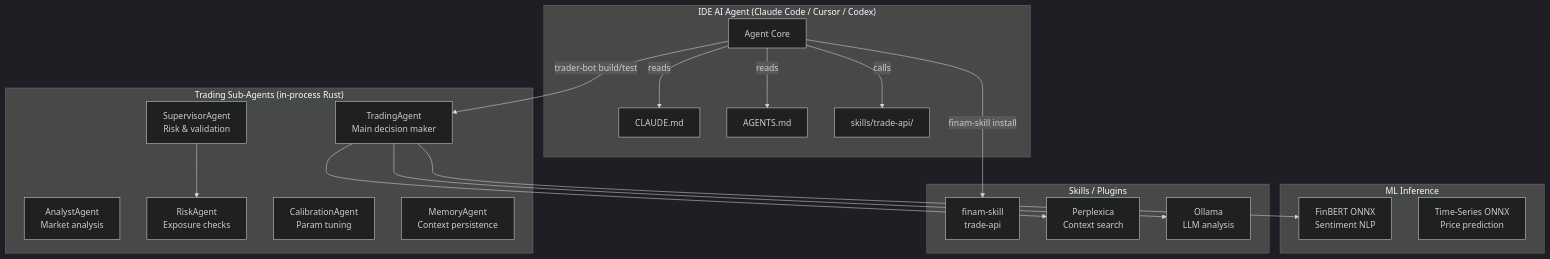
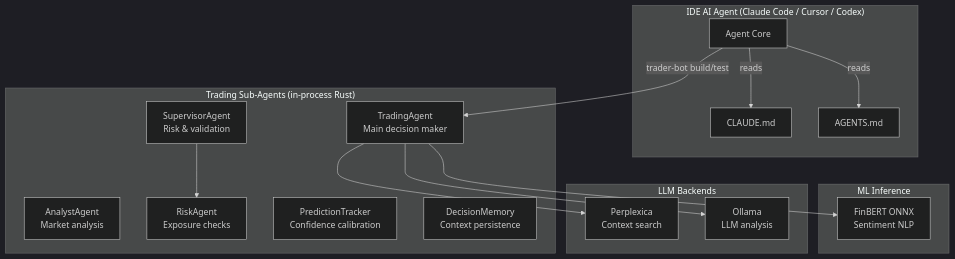
Before and after one commit to dark0ghost/Market-Bot: the first of 2 diagrams in AGENTS.md, drawn with Mermaid (dark theme). The commit also changed other lines of this file and 38 other files, not shown here.

````diff
--- a/AGENTS.md
+++ b/AGENTS.md
@@ -5,36 +5,32 @@
 ```mermaid
 flowchart TB
     subgraph IDE_Agent["IDE AI Agent (Claude Code / Cursor / Codex)"]
         AG[Agent Core]
         AG -->|reads| CLAUDE[CLAUDE.md]
         AG -->|reads| AGENTS[AGENTS.md]
-        AG -->|calls| SKILLS[skills/trade-api/]
     end
 
     subgraph TradeBotSubAgents["Trading Sub-Agents (in-process Rust)"]
         TA[TradingAgent<br/>Main decision maker]
         SA[SupervisorAgent<br/>Risk & validation]
         AA[AnalystAgent<br/>Market analysis]
         RA[RiskAgent<br/>Exposure checks]
-        CA[CalibrationAgent<br/>Param tuning]
-        MA[MemoryAgent<br/>Context persistence]
+        CAL[PredictionTracker<br/>Confidence calibration]
+        MEM[DecisionMemory<br/>Context persistence]
     end
 
     subgraph ML_Inference["ML Inference"]
         FINBERT[FinBERT ONNX<br/>Sentiment NLP]
-        TS[Time-Series ONNX<br/>Price prediction]
     end
 
-    subgraph Skills["Skills / Plugins"]
-        FINAM_SKILL[finam-skill<br/>trade-api]
+    subgraph LLM_Backends["LLM Backends"]
         PERPLEXICA[Perplexica<br/>Context search]
         OLLAMA[Ollama<br/>LLM analysis]
     end
 
     AG -->|trader-bot build/test| TA
-    AG -->|finam-skill install| FINAM_SKILL
     TA --> FINBERT
     TA --> PERPLEXICA
     TA --> OLLAMA
     SA --> RA
 ```
````
